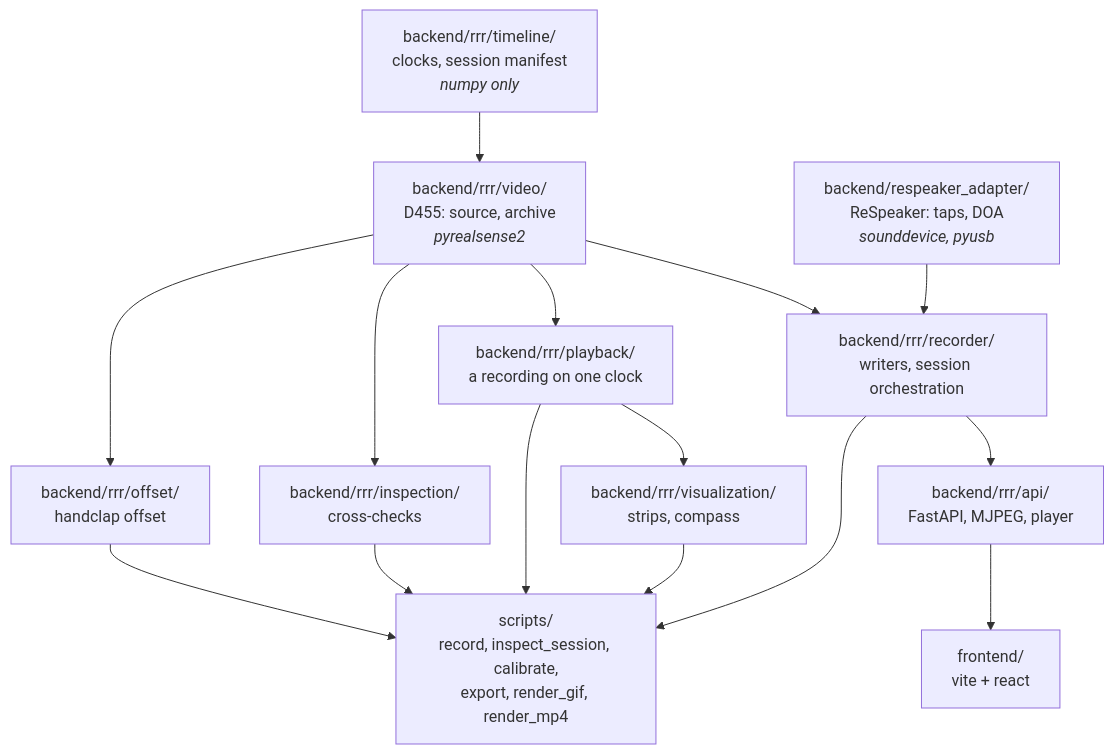
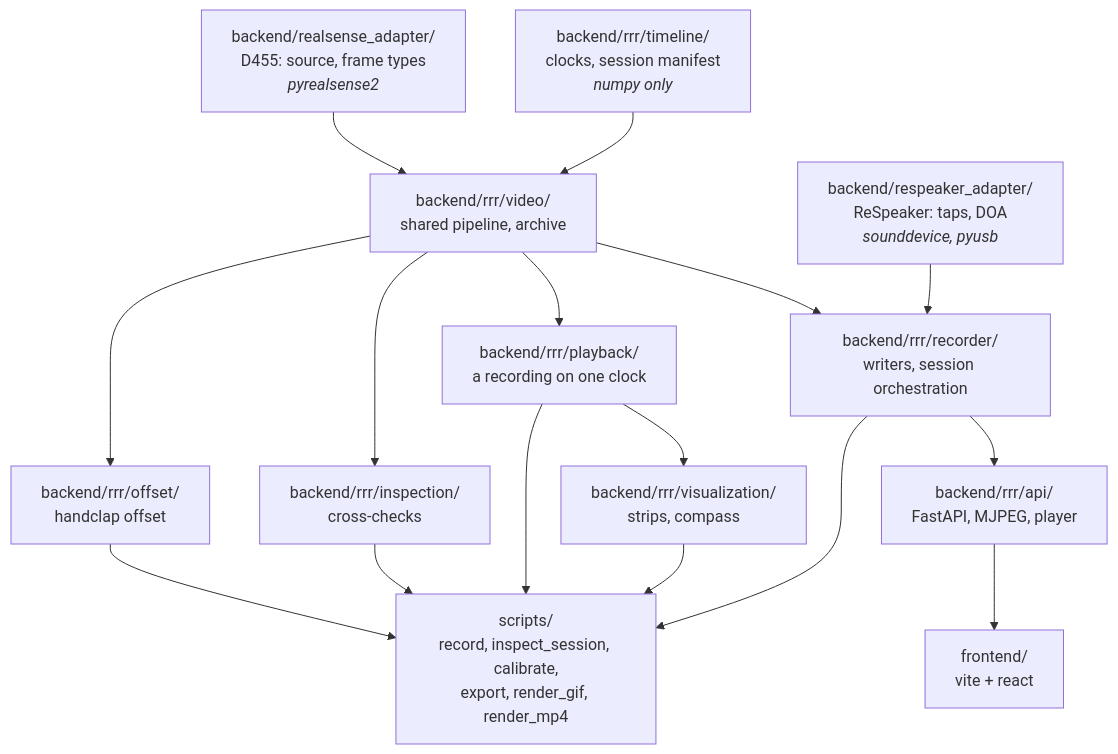
Before and after one commit to tkanek0/rererecorder: the first of 2 diagrams in docs/design.md, drawn with Mermaid. The commit also changed other lines of this file and 35 other files, not shown here.

Commit message:
Extract the RealSense layer into realsense_adapter

````diff
--- a/docs/design.md
+++ b/docs/design.md
@@ -36,28 +37,30 @@
 ```mermaid
 flowchart TD
     T["backend/rrr/timeline/<br/>clocks, session manifest<br/><i>numpy only</i>"]
-    V["backend/rrr/video/<br/>D455: source, archive<br/><i>pyrealsense2</i>"]
+    D["backend/realsense_adapter/<br/>D455: source, frame types<br/><i>pyrealsense2</i>"]
+    V["backend/rrr/video/<br/>shared pipeline, archive"]
     A["backend/respeaker_adapter/<br/>ReSpeaker: taps, DOA<br/><i>sounddevice, pyusb</i>"]
     R["backend/rrr/recorder/<br/>writers, session orchestration"]
     S["backend/rrr/api/<br/>FastAPI, MJPEG, player"]
     P["backend/rrr/playback/<br/>a recording on one clock"]
     N["backend/rrr/inspection/<br/>cross-checks"]
     O["backend/rrr/offset/<br/>handclap offset"]
     Z["backend/rrr/visualization/<br/>strips, compass"]
     X["scripts/<br/>record, inspect_session, calibrate,<br/>export, render_gif, render_mp4"]
     W["frontend/<br/>vite + react"]
     T --> V
+    D --> V
     V --> R
     A --> R
     R --> S
     S --> W
     V --> P
     V --> N
     V --> O
     P --> Z
     R --> X
     N --> X
     O --> X
     P --> X
     Z --> X
 ```
````
